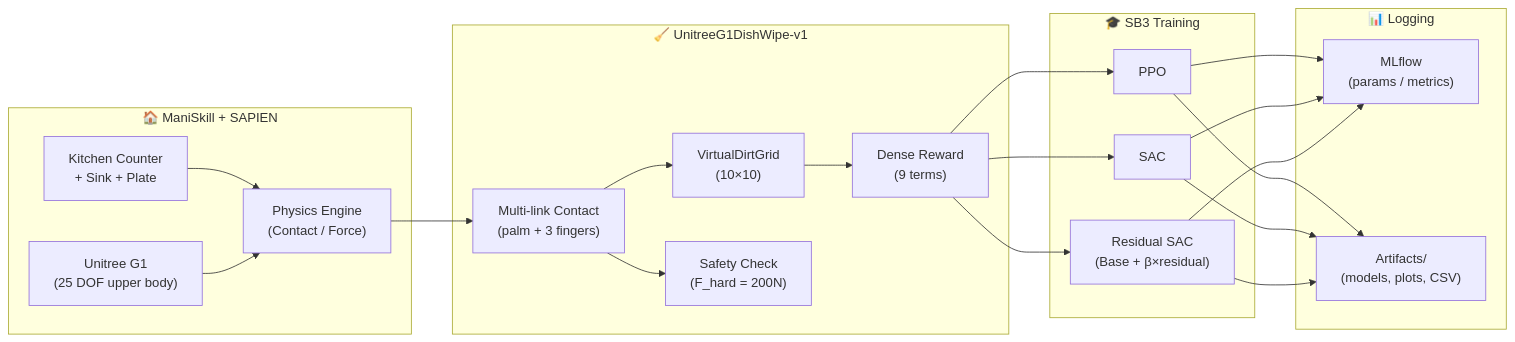
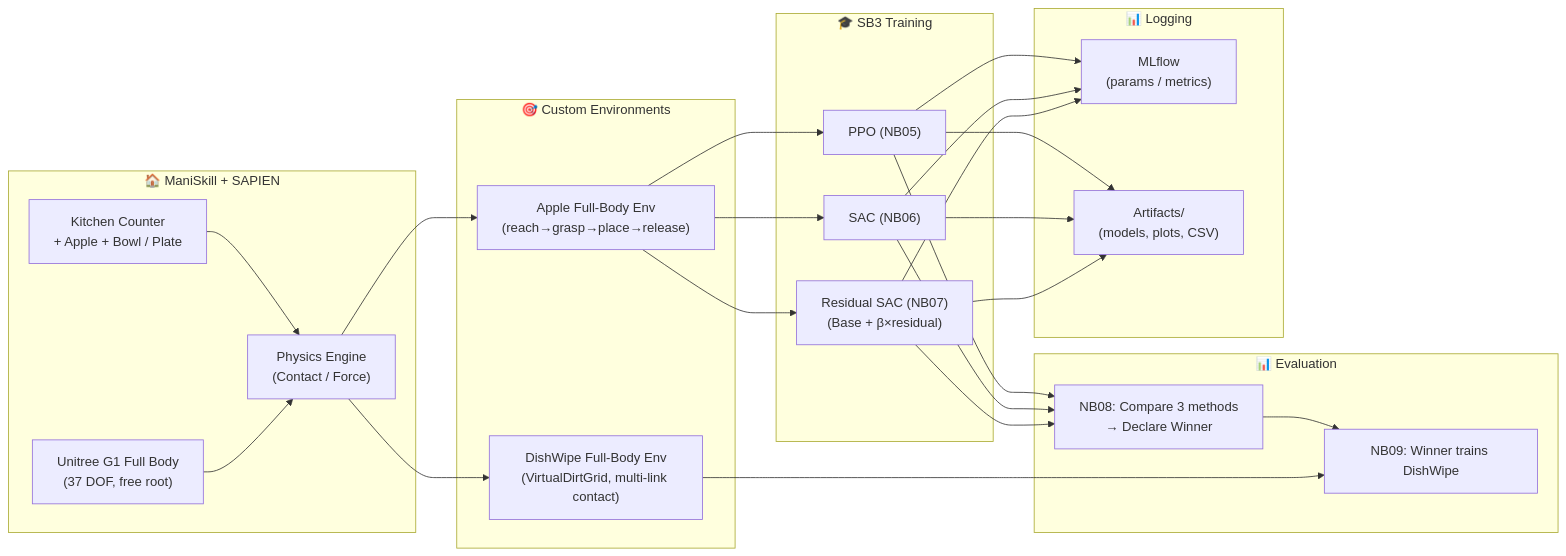
One commit to siriponsri/robotic-sim-dishwash changed the first of 2 diagrams in docs/00_project_overview.md. Above: the diagram before and after it, drawn with Mermaid. The commit also changed other lines of this file and 68 other files, not shown here.

First line of the commit message:
refactor: Full-body G1 dual-task pipeline (Apple+DishWipe) for RTX 5090

````diff
--- a/docs/00_project_overview.md
+++ b/docs/00_project_overview.md
@@ -35,42 +53,48 @@
 ```mermaid
 graph LR
     subgraph Simulation["🏠 ManiSkill + SAPIEN"]
-        Scene["Kitchen Counter<br/>+ Sink + Plate"]
-        Robot["Unitree G1<br/>(25 DOF upper body)"]
+        Scene["Kitchen Counter<br/>+ Apple + Bowl / Plate"]
+        Robot["Unitree G1 Full Body<br/>(37 DOF, free root)"]
         Physics["Physics Engine<br/>(Contact / Force)"]
     end
 
-    subgraph CustomEnv["🧹 UnitreeG1DishWipe-v1"]
-        DirtGrid["VirtualDirtGrid<br/>(10×10)"]
-        ContactDetect["Multi-link Contact<br/>(palm + 3 fingers)"]
-        RewardFn["Dense Reward<br/>(9 terms)"]
-        SafetyCheck["Safety Check<br/>(F_hard = 200N)"]
+    subgraph Envs["🎯 Custom Environments"]
+        AppleEnv["Apple Full-Body Env<br/>(reach→grasp→place→release)"]
+        DishWipeEnv["DishWipe Full-Body Env<br/>(VirtualDirtGrid, multi-link contact)"]
     end
 
     subgraph Training["🎓 SB3 Training"]
-        PPO_algo["PPO"]
-        SAC_algo["SAC"]
-        Residual["Residual SAC<br/>(Base + β×residual)"]
+        PPO_algo["PPO (NB05)"]
+        SAC_algo["SAC (NB06)"]
+        Residual["Residual SAC (NB07)<br/>(Base + β×residual)"]
+    end
+
+    subgraph Eval["📊 Evaluation"]
+        Compare["NB08: Compare 3 methods<br/>→ Declare Winner"]
+        Bonus["NB09: Winner trains DishWipe"]
     end
 
     subgraph Logging["📊 Logging"]
         MLflow["MLflow<br/>(params / metrics)"]
         Artifacts["Artifacts/<br/>(models, plots, CSV)"]
     end
 
     Scene --> Physics
     Robot --> Physics
-    Physics --> ContactDetect
-    ContactDetect --> DirtGrid
-    DirtGrid --> RewardFn
-    ContactDetect --> SafetyCheck
-    RewardFn --> PPO_algo
-    RewardFn --> SAC_algo
-    RewardFn --> Residual
+    Physics --> AppleEnv
+    Physics --> DishWipeEnv
+    AppleEnv --> PPO_algo
+    AppleEnv --> SAC_algo
+    AppleEnv --> Residual
+    PPO_algo --> Compare
+    SAC_algo --> Compare
+    Residual --> Compare
+    Compare --> Bonus
+    DishWipeEnv --> Bonus
     PPO_algo --> MLflow
     SAC_algo --> MLflow
     Residual --> MLflow
     PPO_algo --> Artifacts
     SAC_algo --> Artifacts
     Residual --> Artifacts
 ```
````
